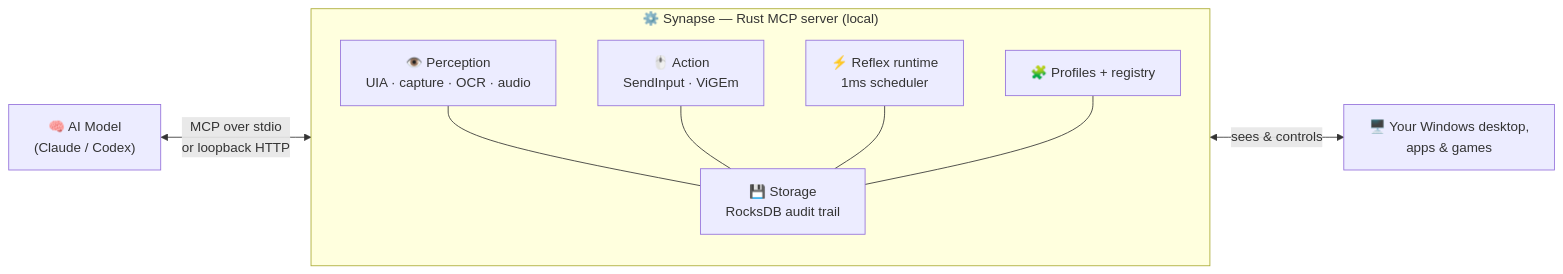
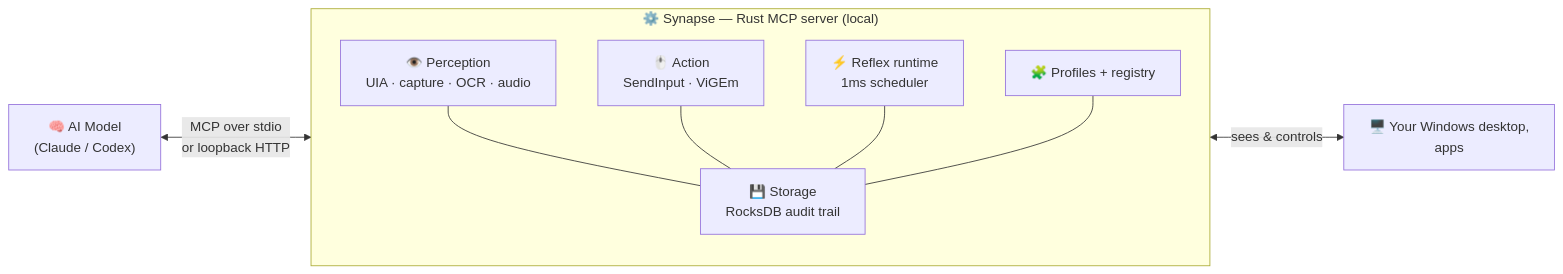
The first of 2 diagrams in README.md (Havokyn/Synapse), drawn with Mermaid before and after one commit. The commit also changed other lines of this file and 6 other files, not shown here.

````diff
--- a/README.md
+++ b/README.md
@@ -180,16 +166,16 @@
 ```mermaid
 flowchart LR
     A["🧠 AI Model<br/>(Claude / Codex)"] <-->|MCP over stdio<br/>or loopback HTTP| B
     subgraph B["⚙️ Synapse — Rust MCP server (local)"]
         P["👁️ Perception<br/>UIA · capture · OCR · audio"]
         ACT["🖱️ Action<br/>SendInput · ViGEm"]
         RX["⚡ Reflex runtime<br/>1ms scheduler"]
         ST["💾 Storage<br/>RocksDB audit trail"]
         PR["🧩 Profiles + registry"]
     end
-    B <-->|sees & controls| W["🖥️ Your Windows desktop,<br/>apps & games"]
+    B <-->|sees & controls| W["🖥️ Your Windows desktop,<br/>apps"]
     P --- ST
     ACT --- ST
     RX --- ST
     PR --- ST
 ```
````
